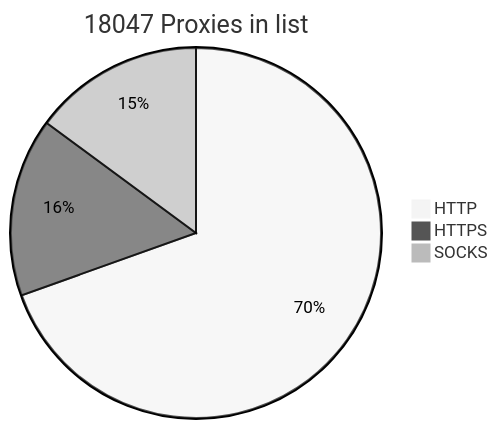
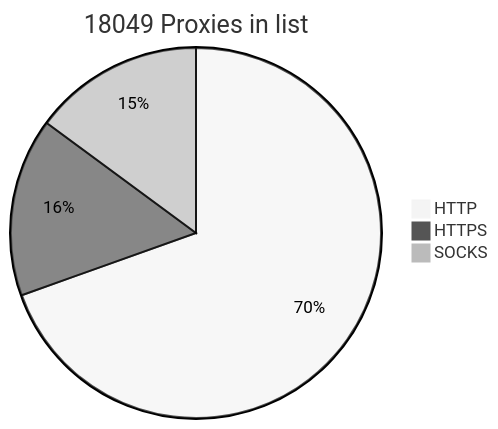
The diagram in README.md (BlackSnowDot/proxylist-update-every-minute), drawn with Mermaid (neutral theme) before and after one commit.

````diff
--- a/README.md
+++ b/README.md
@@ -2,6 +2,6 @@
 ```mermaid
-pie title 18047 Proxies in list
-    "HTTP" : 13508
+pie title 18049 Proxies in list
+    "HTTP" : 13510
     "HTTPS": 3025
     "SOCKS" : 2892
 ```
````
